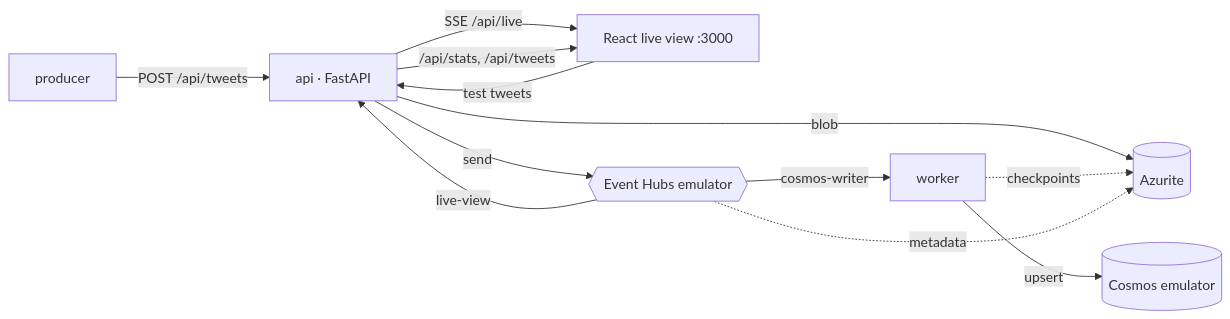
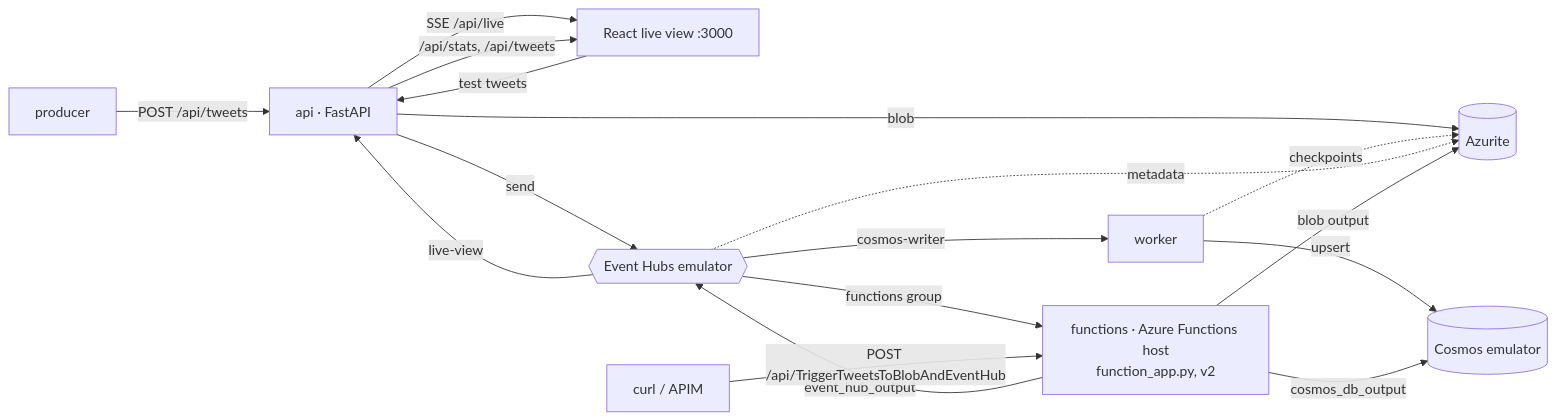
One commit to ovokpus/Azure-Streaming-Pipeline changed the second of 4 diagrams in README.md. Above: the diagram before and after it, drawn with Mermaid. The commit also changed other lines of this file and 23 other files, not shown here.

First line of the commit message:
Migrate Azure Functions to the Python v2 programming model

````diff
--- a/README.md
+++ b/README.md
@@ -42,14 +43,19 @@
 ```mermaid
 flowchart LR
     PR[producer] -->|POST /api/tweets| API[api · FastAPI]
     UI[React live view :3000] -->|test tweets| API
     API -->|blob| AZ[(Azurite)]
     API -->|send| EH{{Event Hubs emulator}}
     EH -->|cosmos-writer| W[worker]
     W -->|upsert| CO[(Cosmos emulator)]
     W -. checkpoints .-> AZ
     EH -->|live-view| API
     API -->|SSE /api/live| UI
     API -->|/api/stats, /api/tweets| UI
     EH -. metadata .-> AZ
+    FX[functions · Azure Functions host<br/>function_app.py, v2] -->|blob output| AZ
+    FX -->|event_hub_output| EH
+    EH -->|functions group| FX
+    FX -->|cosmos_db_output| CO
+    CL[curl / APIM] -->|POST /api/TriggerTweetsToBlobAndEventHub| FX
 ```
````
